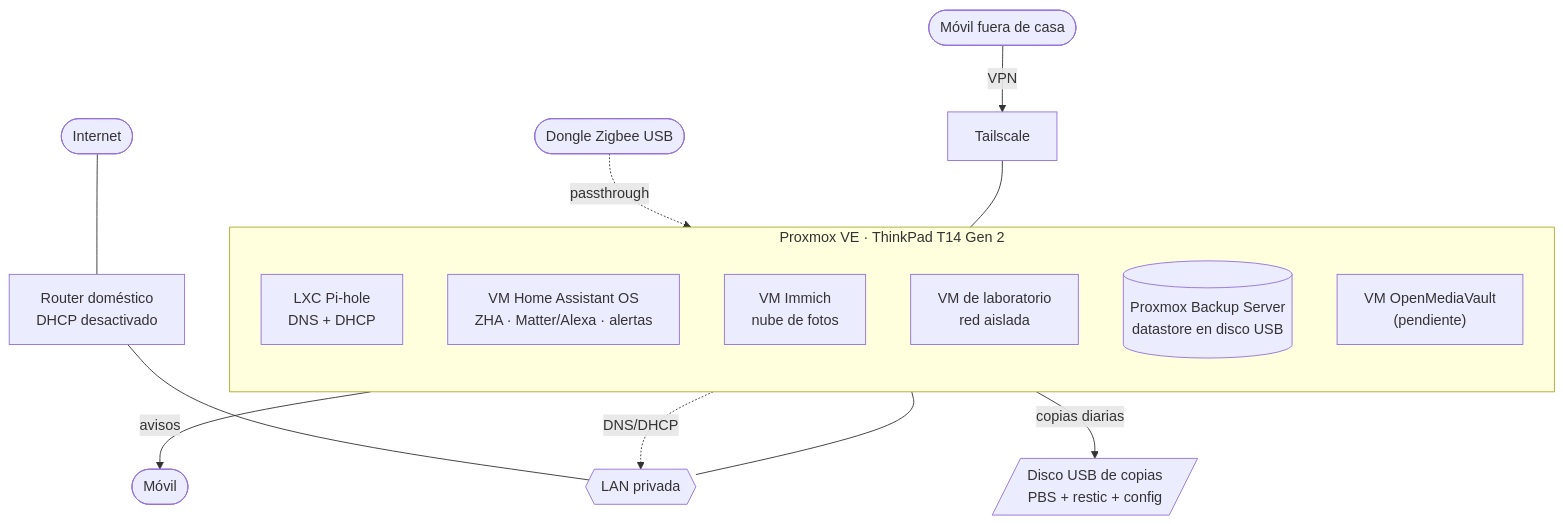
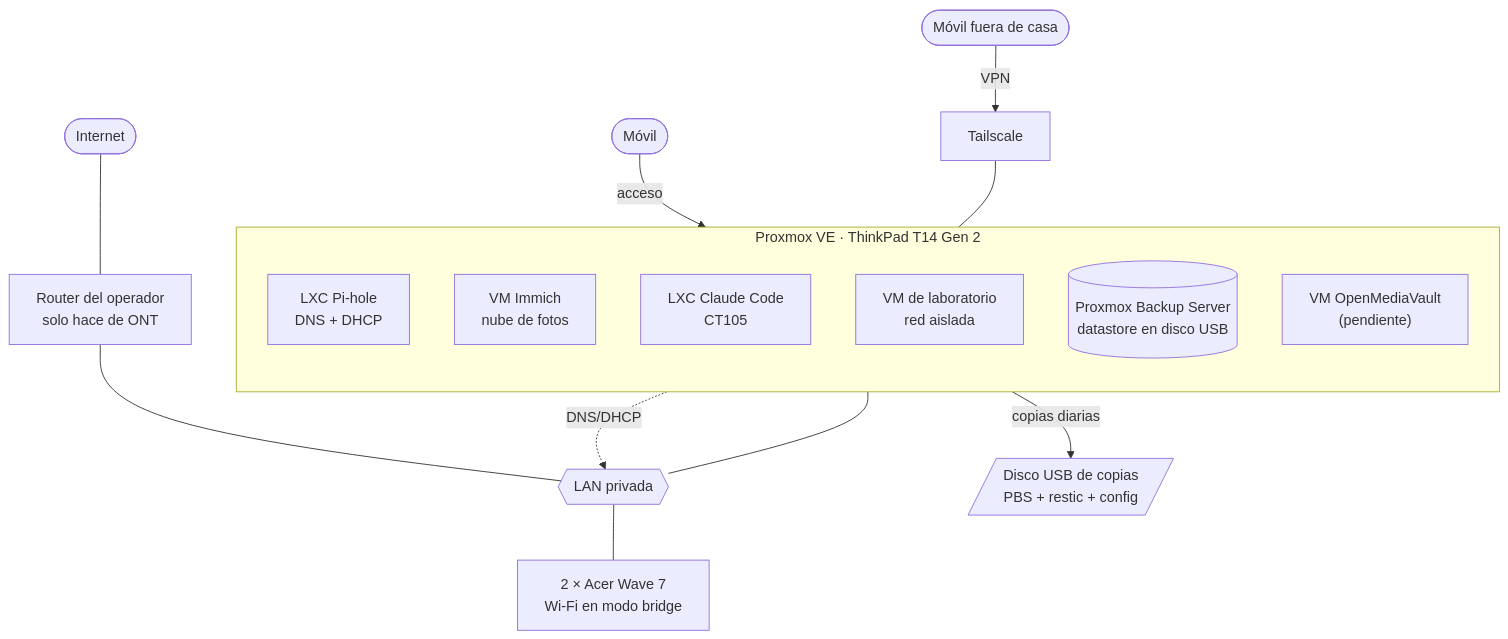
The diagram in README.md (Santiago-Sysadmin/homelab-proxmox-t14), drawn with Mermaid before and after one commit. The commit also changed other lines of this file and 1 other file, not shown here.

````diff
--- a/README.md
+++ b/README.md
@@ -58,24 +58,24 @@
 ```mermaid
 flowchart TB
-    NET([Internet]) --- RTR[Router doméstico<br/>DHCP desactivado]
-    RTR --- LAN{{LAN privada}}
+    NET([Internet]) --- ONT[Router del operador<br/>solo hace de ONT]
+    ONT --- LAN{{LAN privada}}
     LAN --- HOST
+    LAN --- AP["2 × Acer Wave 7<br/>Wi-Fi en modo bridge"]
 
     subgraph HOST["Proxmox VE · ThinkPad T14 Gen 2"]
         direction TB
         PH["LXC Pi-hole<br/>DNS + DHCP"]
-        HA["VM Home Assistant OS<br/>ZHA · Matter/Alexa · alertas"]
         IM["VM Immich<br/>nube de fotos"]
+        CC["LXC Claude Code<br/>CT105"]
         LAB["VM de laboratorio<br/>red aislada"]
         PBS[("Proxmox Backup Server<br/>datastore en disco USB")]
         OMV["VM OpenMediaVault<br/>(pendiente)"]
     end
 
     USB[/"Disco USB de copias<br/>PBS + restic + config"/]
-    ZB(["Dongle Zigbee USB"]) -. passthrough .-> HA
-    HA -->|avisos| PHONE([Móvil])
+    PHONE([Móvil]) -->|acceso| CC
     PH -. DNS/DHCP .-> LAN
     HOST -->|copias diarias| USB
     TS[Tailscale] --- HOST
     PHONE2([Móvil fuera de casa]) -->|VPN| TS
 ```
````
